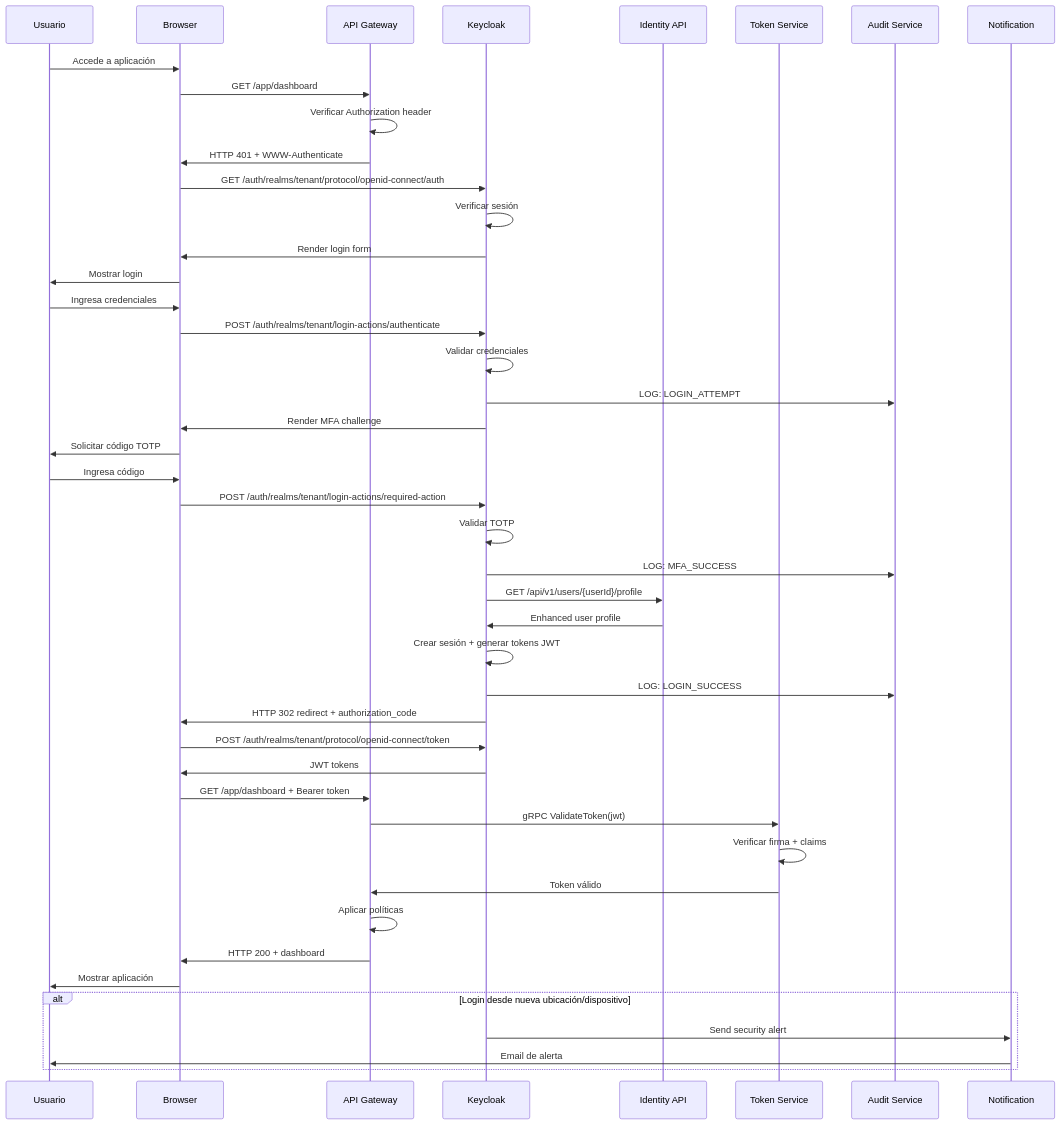
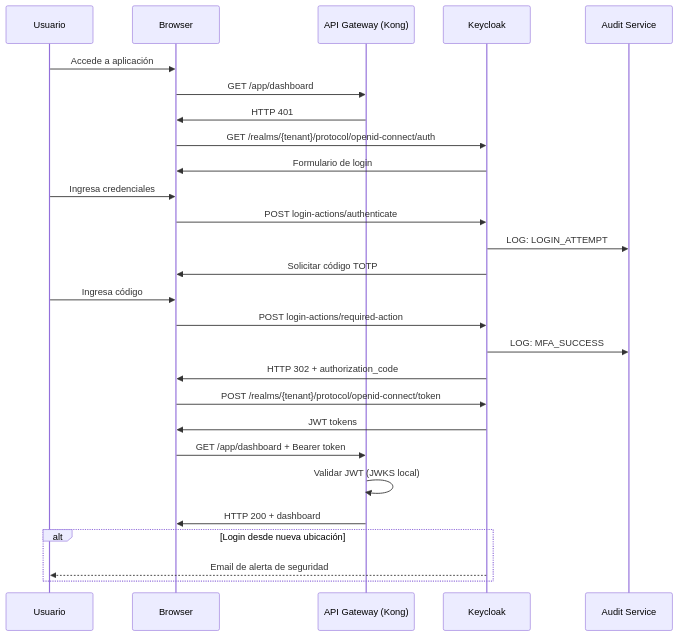
One commit to jclemente-tlm/tlm-doc-architecture changed the first of 2 diagrams in docs/plataforma-corporativa/plataforma-de-integracion/identidad-y-accesos/06-vista-tiempo-ejecucion.md. Above: the diagram before and after it, drawn with Mermaid. The commit also changed other lines of this file and 11 other files, not shown here.

````diff
--- a/docs/plataforma-corporativa/plataforma-de-integracion/identidad-y-accesos/06-vista-tiempo-ejecucion.md
+++ b/docs/plataforma-corporativa/plataforma-de-integracion/identidad-y-accesos/06-vista-tiempo-ejecucion.md
@@ -39,47 +11,30 @@
 ```mermaid
 sequenceDiagram
     participant User as Usuario
     participant Browser as Browser
-    participant Gateway as API Gateway
+    participant GW as API Gateway (Kong)
     participant KC as Keycloak
-    participant IdAPI as Identity API
-    participant TokenSvc as Token Service
     participant AuditSvc as Audit Service
-    participant NotifSvc as Notification
+
     User->>Browser: Accede a aplicación
-    Browser->>Gateway: GET /app/dashboard
-    Gateway->>Gateway: Verificar Authorization header
-    Gateway->>Browser: HTTP 401 + WWW-Authenticate
-    Browser->>KC: GET /auth/realms/tenant/protocol/openid-connect/auth
-    KC->>KC: Verificar sesión
-    KC->>Browser: Render login form
-    Browser->>User: Mostrar login
+    Browser->>GW: GET /app/dashboard
+    GW->>Browser: HTTP 401
+    Browser->>KC: GET /realms/{tenant}/protocol/openid-connect/auth
+    KC->>Browser: Formulario de login
     User->>Browser: Ingresa credenciales
-    Browser->>KC: POST /auth/realms/tenant/login-actions/authenticate
-    KC->>KC: Validar credenciales
+    Browser->>KC: POST login-actions/authenticate
     KC->>AuditSvc: LOG: LOGIN_ATTEMPT
-    KC->>Browser: Render MFA challenge
-    Browser->>User: Solicitar código TOTP
+    KC->>Browser: Solicitar código TOTP
     User->>Browser: Ingresa código
-    Browser->>KC: POST /auth/realms/tenant/login-actions/required-action
-    KC->>KC: Validar TOTP
+    Browser->>KC: POST login-actions/required-action
     KC->>AuditSvc: LOG: MFA_SUCCESS
-    KC->>IdAPI: GET /api/v1/users/{userId}/profile
-    IdAPI->>KC: Enhanced user profile
-    KC->>KC: Crear sesión + generar tokens JWT
-    KC->>AuditSvc: LOG: LOGIN_SUCCESS
-    KC->>Browser: HTTP 302 redirect + authorization_code
-    Browser->>KC: POST /auth/realms/tenant/protocol/openid-connect/token
+    KC->>Browser: HTTP 302 + authorization_code
+    Browser->>KC: POST /realms/{tenant}/protocol/openid-connect/token
     KC->>Browser: JWT tokens
-    Browser->>Gateway: GET /app/dashboard + Bearer token
-    Gateway->>TokenSvc: gRPC ValidateToken(jwt)
-    TokenSvc->>TokenSvc: Verificar firma + claims
-    TokenSvc->>Gateway: Token válido
-    Gateway->>Gateway: Aplicar políticas
-    Gateway->>Browser: HTTP 200 + dashboard
-    Browser->>User: Mostrar aplicación
-    alt Login desde nueva ubicación/dispositivo
-        KC->>NotifSvc: Send security alert
-        NotifSvc->>User: Email de alerta
+    Browser->>GW: GET /app/dashboard + Bearer token
+    GW->>GW: Validar JWT (JWKS local)
+    GW->>Browser: HTTP 200 + dashboard
+    alt Login desde nueva ubicación
+        KC-->>User: Email de alerta de seguridad
     end
 ```
````
